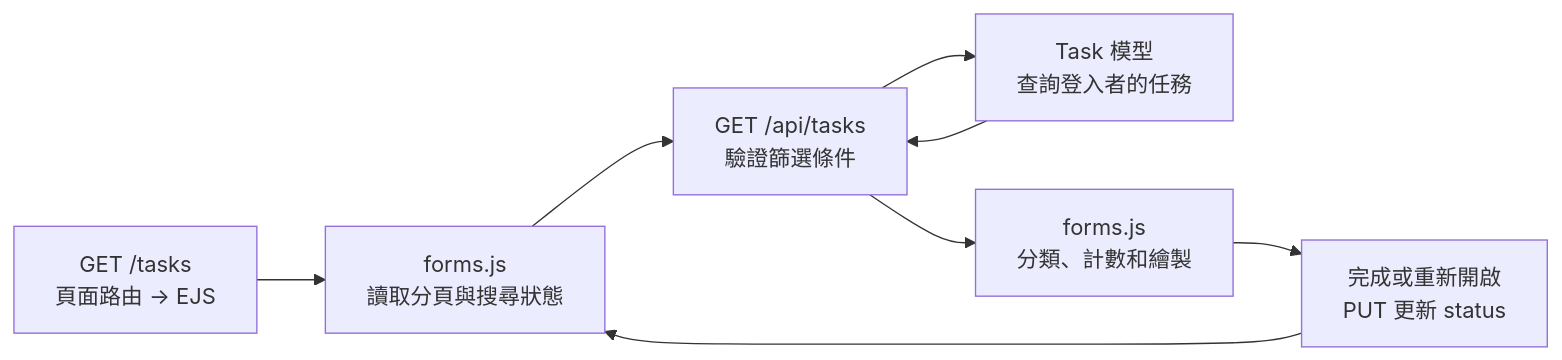
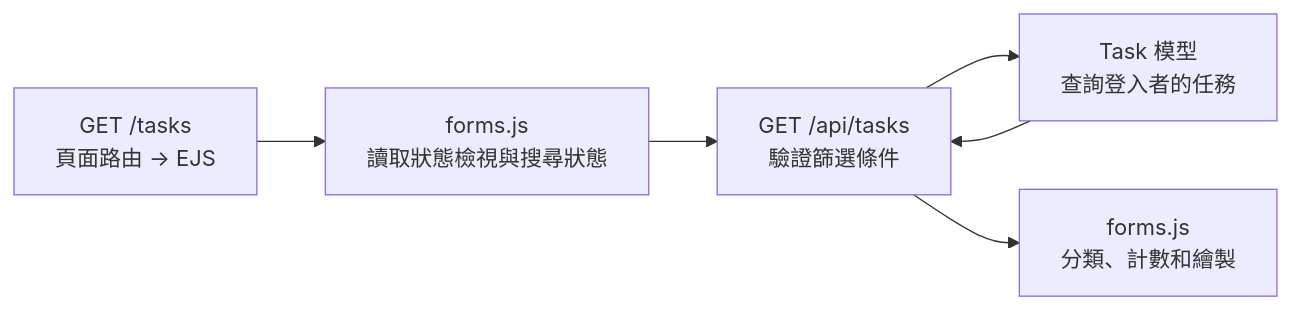
The diagram in docs/member-03-task-list-status.md (RyanCheung0428/COMP_3810SEF_Task_Management_System), drawn with Mermaid before and after one commit. The commit also changed other lines of this file and 14 other files, not shown here.

````diff
--- a/docs/member-03-task-list-status.md
+++ b/docs/member-03-task-list-status.md
@@ -20,10 +20,8 @@
 ```mermaid
 flowchart LR
-    Page["GET /tasks<br/>頁面路由 → EJS"] --> Browser["forms.js<br/>讀取分頁與搜尋狀態"]
+    Page["GET /tasks<br/>頁面路由 → EJS"] --> Browser["forms.js<br/>讀取狀態檢視與搜尋狀態"]
     Browser --> API["GET /api/tasks<br/>驗證篩選條件"]
     API --> DB["Task 模型<br/>查詢登入者的任務"]
     DB --> API
     API --> Render["forms.js<br/>分類、計數和繪製"]
-    Render --> Toggle["完成或重新開啟<br/>PUT 更新 status"]
-    Toggle --> Browser
 ```
````
